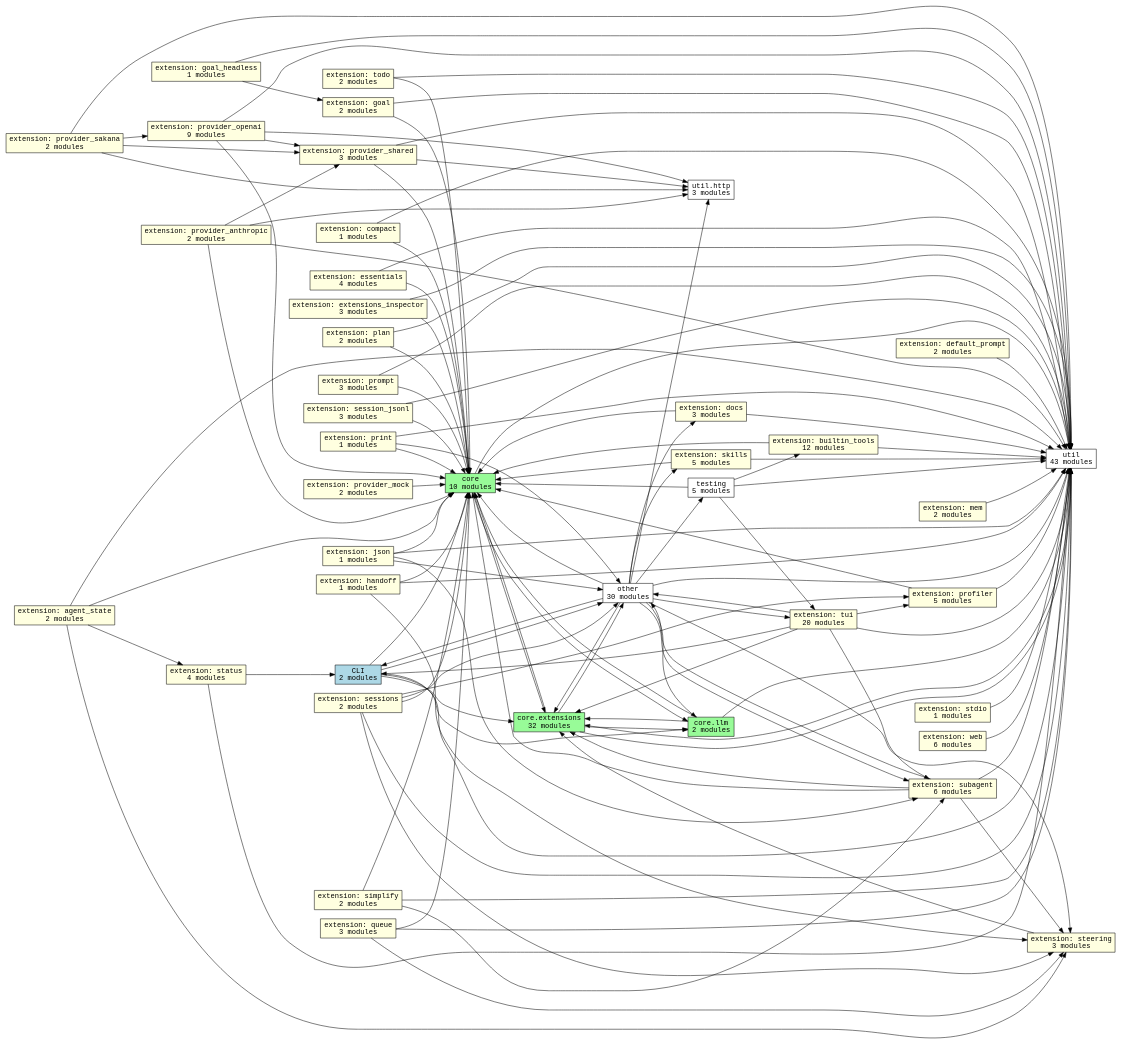
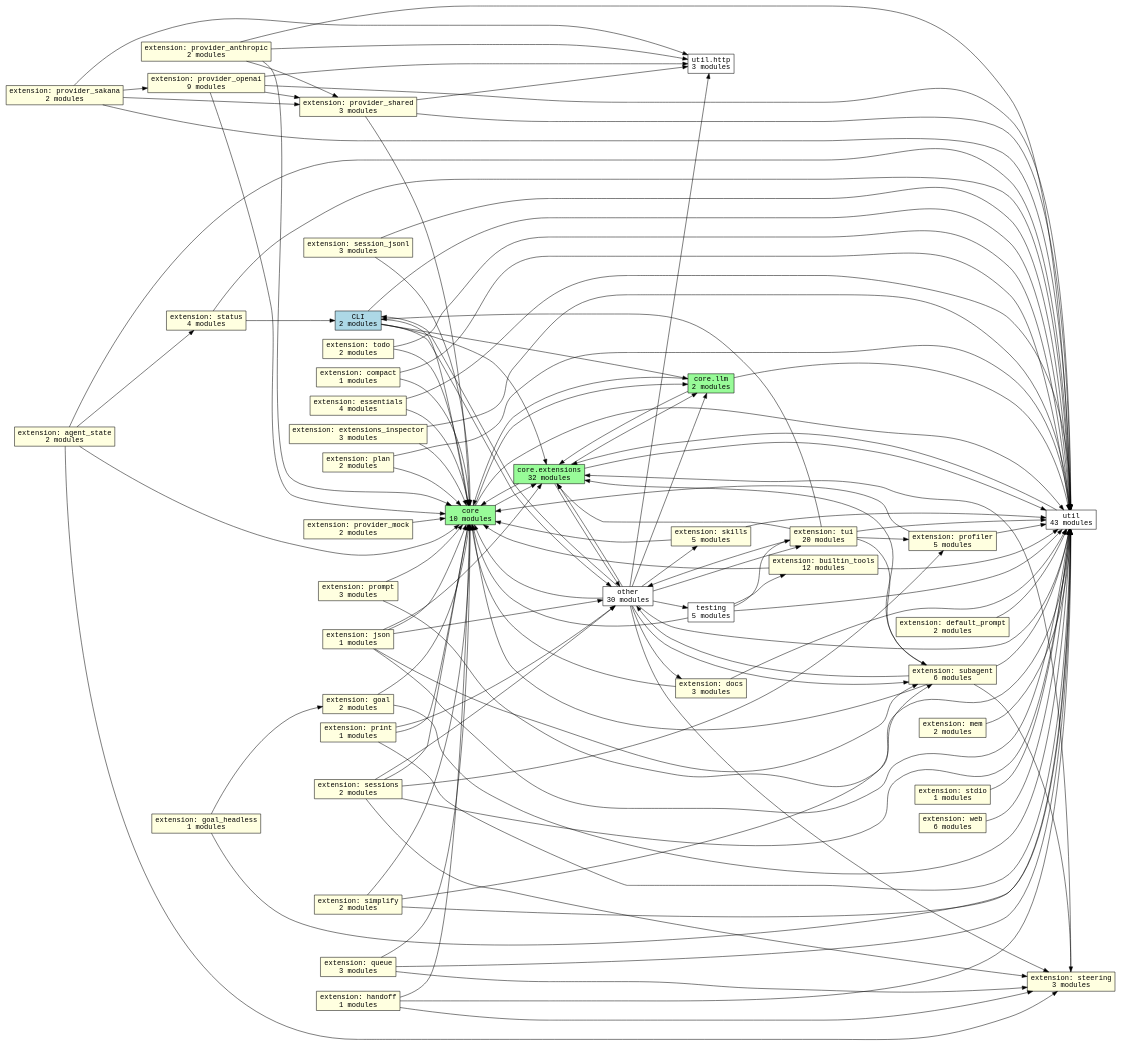
The diagram in docs/graphs/subsystems.dot (acmiyaguchi/fen), drawn with Graphviz before and after one commit. The commit also changed 13 other files, not shown here.

```diff
--- a/docs/graphs/subsystems.dot
+++ b/docs/graphs/subsystems.dot
@@ -1,163 +1,164 @@
 digraph fen_subsystems {
   graph [rankdir=LR];
   node [shape=box, fontname="monospace"];
   edge [fontname="monospace"];
   "cli" [fillcolor="lightblue", label="CLI\n2 modules", style="filled"];
   "core" [fillcolor="palegreen", label="core\n10 modules", style="filled"];
   "core.extensions" [fillcolor="palegreen", label="core.extensions\n32 modules", style="filled"];
   "core.llm" [fillcolor="palegreen", label="core.llm\n2 modules", style="filled"];
   "extension.agent_state" [fillcolor="lightyellow", label="extension: agent_state\n2 modules", style="filled"];
   "extension.builtin_tools" [fillcolor="lightyellow", label="extension: builtin_tools\n12 modules", style="filled"];
   "extension.compact" [fillcolor="lightyellow", label="extension: compact\n1 modules", style="filled"];
   "extension.default_prompt" [fillcolor="lightyellow", label="extension: default_prompt\n2 modules", style="filled"];
   "extension.docs" [fillcolor="lightyellow", label="extension: docs\n3 modules", style="filled"];
   "extension.essentials" [fillcolor="lightyellow", label="extension: essentials\n4 modules", style="filled"];
   "extension.extensions_inspector" [fillcolor="lightyellow", label="extension: extensions_inspector\n3 modules", style="filled"];
   "extension.goal" [fillcolor="lightyellow", label="extension: goal\n2 modules", style="filled"];
   "extension.goal_headless" [fillcolor="lightyellow", label="extension: goal_headless\n1 modules", style="filled"];
   "extension.handoff" [fillcolor="lightyellow", label="extension: handoff\n1 modules", style="filled"];
   "extension.json" [fillcolor="lightyellow", label="extension: json\n1 modules", style="filled"];
   "extension.mem" [fillcolor="lightyellow", label="extension: mem\n2 modules", style="filled"];
   "extension.plan" [fillcolor="lightyellow", label="extension: plan\n2 modules", style="filled"];
   "extension.print" [fillcolor="lightyellow", label="extension: print\n1 modules", style="filled"];
   "extension.profiler" [fillcolor="lightyellow", label="extension: profiler\n5 modules", style="filled"];
   "extension.prompt" [fillcolor="lightyellow", label="extension: prompt\n3 modules", style="filled"];
   "extension.provider_anthropic" [fillcolor="lightyellow", label="extension: provider_anthropic\n2 modules", style="filled"];
   "extension.provider_mock" [fillcolor="lightyellow", label="extension: provider_mock\n2 modules", style="filled"];
   "extension.provider_openai" [fillcolor="lightyellow", label="extension: provider_openai\n9 modules", style="filled"];
   "extension.provider_sakana" [fillcolor="lightyellow", label="extension: provider_sakana\n2 modules", style="filled"];
   "extension.provider_shared" [fillcolor="lightyellow", label="extension: provider_shared\n3 modules", style="filled"];
   "extension.queue" [fillcolor="lightyellow", label="extension: queue\n3 modules", style="filled"];
   "extension.session_jsonl" [fillcolor="lightyellow", label="extension: session_jsonl\n3 modules", style="filled"];
   "extension.sessions" [fillcolor="lightyellow", label="extension: sessions\n2 modules", style="filled"];
   "extension.simplify" [fillcolor="lightyellow", label="extension: simplify\n2 modules", style="filled"];
   "extension.skills" [fillcolor="lightyellow", label="extension: skills\n5 modules", style="filled"];
   "extension.status" [fillcolor="lightyellow", label="extension: status\n4 modules", style="filled"];
   "extension.stdio" [fillcolor="lightyellow", label="extension: stdio\n1 modules", style="filled"];
   "extension.steering" [fillcolor="lightyellow", label="extension: steering\n3 modules", style="filled"];
   "extension.subagent" [fillcolor="lightyellow", label="extension: subagent\n6 modules", style="filled"];
   "extension.todo" [fillcolor="lightyellow", label="extension: todo\n2 modules", style="filled"];
   "extension.tui" [fillcolor="lightyellow", label="extension: tui\n20 modules", style="filled"];
   "extension.web" [fillcolor="lightyellow", label="extension: web\n6 modules", style="filled"];
   "other" [fillcolor="white", label="other\n30 modules", style="filled"];
   "testing" [fillcolor="white", label="testing\n5 modules", style="filled"];
   "util" [fillcolor="white", label="util\n43 modules", style="filled"];
   "util.http" [fillcolor="white", label="util.http\n3 modules", style="filled"];
   "cli" -> "core";
   "cli" -> "core.extensions";
   "cli" -> "core.llm";
   "cli" -> "other";
   "cli" -> "util";
   "core" -> "core.extensions";
   "core" -> "core.llm";
   "core" -> "util";
   "core.extensions" -> "core";
   "core.extensions" -> "core.llm";
   "core.extensions" -> "other";
   "core.extensions" -> "util";
   "core.llm" -> "core";
   "core.llm" -> "core.extensions";
   "core.llm" -> "util";
   "extension.agent_state" -> "core";
   "extension.agent_state" -> "extension.status";
   "extension.agent_state" -> "extension.steering";
   "extension.agent_state" -> "util";
   "extension.builtin_tools" -> "core";
   "extension.builtin_tools" -> "util";
   "extension.compact" -> "core";
   "extension.compact" -> "util";
   "extension.default_prompt" -> "util";
   "extension.docs" -> "core";
   "extension.docs" -> "util";
   "extension.essentials" -> "core";
   "extension.essentials" -> "util";
   "extension.extensions_inspector" -> "core";
   "extension.extensions_inspector" -> "util";
   "extension.goal" -> "core";
   "extension.goal" -> "util";
   "extension.goal_headless" -> "extension.goal";
   "extension.goal_headless" -> "util";
   "extension.handoff" -> "core";
   "extension.handoff" -> "extension.steering";
   "extension.handoff" -> "util";
   "extension.json" -> "core";
+  "extension.json" -> "core.extensions";
   "extension.json" -> "extension.subagent";
   "extension.json" -> "other";
   "extension.json" -> "util";
   "extension.mem" -> "util";
   "extension.plan" -> "core";
   "extension.plan" -> "util";
   "extension.print" -> "core";
   "extension.print" -> "other";
   "extension.print" -> "util";
   "extension.profiler" -> "core";
   "extension.profiler" -> "util";
   "extension.prompt" -> "core";
   "extension.prompt" -> "util";
   "extension.provider_anthropic" -> "core";
   "extension.provider_anthropic" -> "extension.provider_shared";
   "extension.provider_anthropic" -> "util";
   "extension.provider_anthropic" -> "util.http";
   "extension.provider_mock" -> "core";
   "extension.provider_openai" -> "core";
   "extension.provider_openai" -> "extension.provider_shared";
   "extension.provider_openai" -> "util";
   "extension.provider_openai" -> "util.http";
   "extension.provider_sakana" -> "extension.provider_openai";
   "extension.provider_sakana" -> "extension.provider_shared";
   "extension.provider_sakana" -> "util";
   "extension.provider_sakana" -> "util.http";
   "extension.provider_shared" -> "core";
   "extension.provider_shared" -> "util";
   "extension.provider_shared" -> "util.http";
   "extension.queue" -> "core";
   "extension.queue" -> "extension.steering";
   "extension.queue" -> "util";
   "extension.session_jsonl" -> "core";
   "extension.session_jsonl" -> "util";
   "extension.sessions" -> "core";
   "extension.sessions" -> "extension.profiler";
   "extension.sessions" -> "extension.steering";
   "extension.sessions" -> "other";
   "extension.sessions" -> "util";
   "extension.simplify" -> "core";
   "extension.simplify" -> "extension.subagent";
   "extension.simplify" -> "util";
   "extension.skills" -> "core";
   "extension.skills" -> "util";
   "extension.status" -> "cli";
   "extension.status" -> "util";
   "extension.stdio" -> "util";
   "extension.steering" -> "core.extensions";
   "extension.subagent" -> "core";
   "extension.subagent" -> "core.extensions";
   "extension.subagent" -> "extension.steering";
   "extension.subagent" -> "other";
   "extension.subagent" -> "util";
   "extension.todo" -> "core";
   "extension.todo" -> "util";
   "extension.tui" -> "cli";
   "extension.tui" -> "core.extensions";
   "extension.tui" -> "extension.profiler";
   "extension.tui" -> "extension.subagent";
   "extension.tui" -> "other";
   "extension.tui" -> "util";
   "extension.web" -> "util";
   "other" -> "cli";
   "other" -> "core";
   "other" -> "core.extensions";
   "other" -> "core.llm";
   "other" -> "extension.docs";
   "other" -> "extension.skills";
   "other" -> "extension.steering";
   "other" -> "extension.subagent";
   "other" -> "extension.tui";
   "other" -> "testing";
   "other" -> "util";
   "other" -> "util.http";
   "testing" -> "core";
   "testing" -> "extension.builtin_tools";
   "testing" -> "extension.tui";
   "testing" -> "util";
   "util" -> "core.extensions";
 }
```
